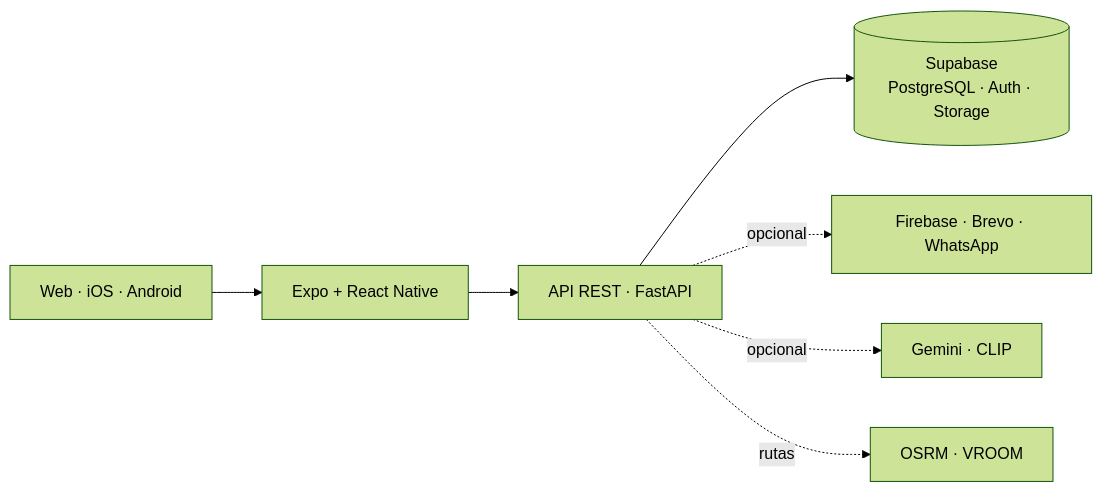
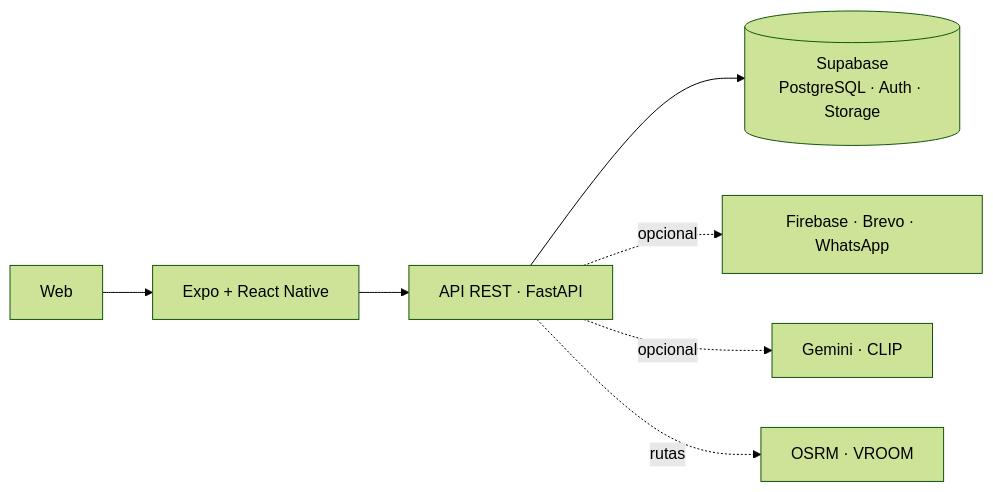
The diagram in README.md (danielalira20/PawAlert-PWA), drawn with Mermaid (forest theme) before and after one commit. The commit also changed other lines of this file, not shown here.

Commit message:
Update README to remove mobile run commands
Removed Android and iOS run commands from README.

````diff
--- a/README.md
+++ b/README.md
@@ -58,9 +58,9 @@
 ```mermaid
 flowchart LR
-    U[Web · iOS · Android] --> F[Expo + React Native]
+    U[Web ] --> F[Expo + React Native]
     F --> A[API REST · FastAPI]
     A --> S[(Supabase<br/>PostgreSQL · Auth · Storage)]
     A -. opcional .-> N[Firebase · Brevo · WhatsApp]
     A -. opcional .-> I[Gemini · CLIP]
     A -. rutas .-> R[OSRM · VROOM]
 ```
````
